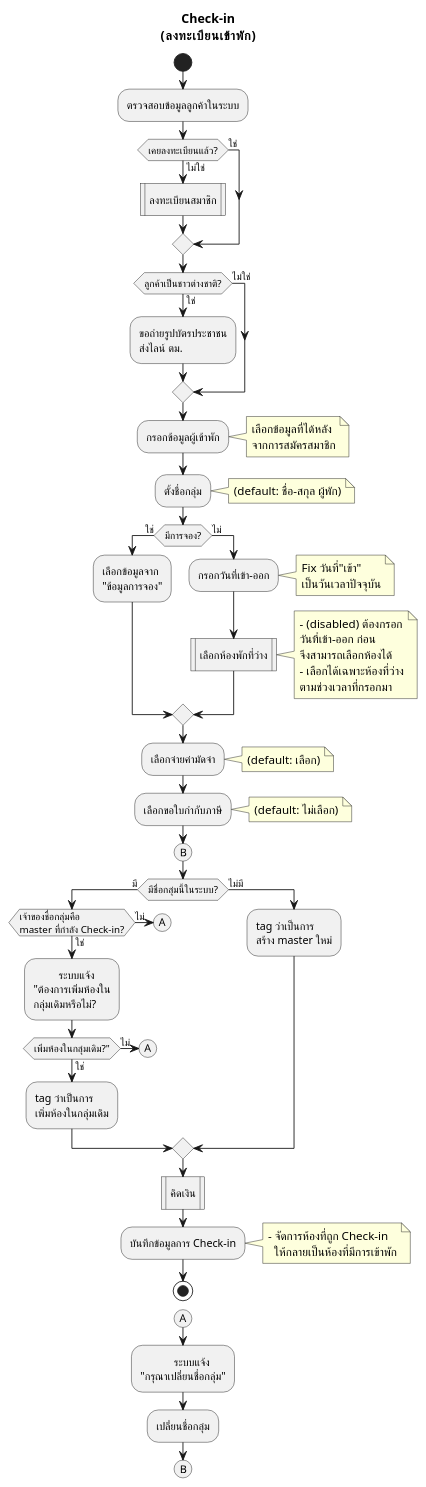
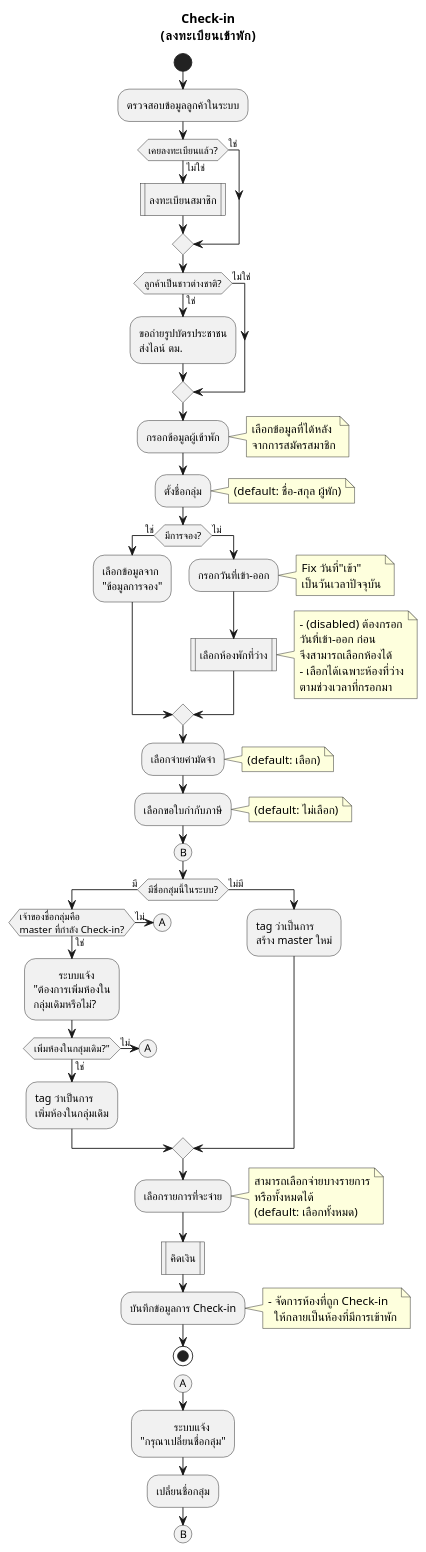
Before and after one commit to cheat13/Prompiman_Diagram: the diagram in activity-diagram/Check-in/Check-in.md, drawn with PlantUML. The commit also changed 1 other file, not shown here.

Commit message:
edit check-in

```diff
--- a/activity-diagram/Check-in/Check-in.md
+++ b/activity-diagram/Check-in/Check-in.md
@@ -67,6 +67,13 @@
     :tag ว่าเป็นการ\nสร้าง master ใหม่;    
 endif
 
+:เลือกรายการที่จะจ่าย;
+note right
+    สามารถเลือกจ่ายบางรายการ
+    หรือทั้งหมดได้
+    (default: เลือกทั้งหมด)
+endnote
+
 :คิดเงิน|
 :บันทึกข้อมูลการ Check-in;
 note right
```
